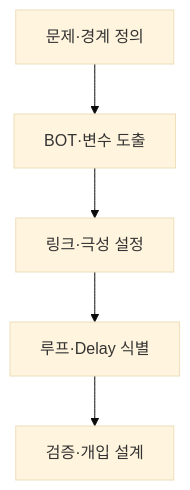
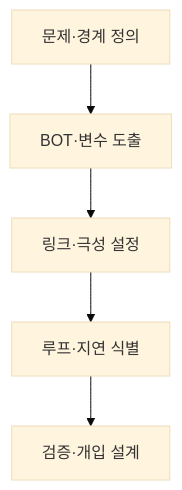
Before and after one commit to agnusdei1207/study: the second of 3 diagrams in src/content/docs/notes/itpe/01-it-strategy/116_causal_loop_diagram.md, drawn with Mermaid (base theme). The commit also changed other lines of this file and 6 other files, not shown here.

````diff
--- a/src/content/docs/notes/itpe/01-it-strategy/116_causal_loop_diagram.md
+++ b/src/content/docs/notes/itpe/01-it-strategy/116_causal_loop_diagram.md
@@ -115,4 +113,4 @@
 ```mermaid
 flowchart TD
-    S1["문제·경계 정의"] --> S2["BOT·변수 도출"] --> S3["링크·극성 설정"] --> S4["루프·Delay 식별"] --> S5["검증·개입 설계"]
+    S1["문제·경계 정의"] --> S2["BOT·변수 도출"] --> S3["링크·극성 설정"] --> S4["루프·지연 식별"] --> S5["검증·개입 설계"]
 ```
````
